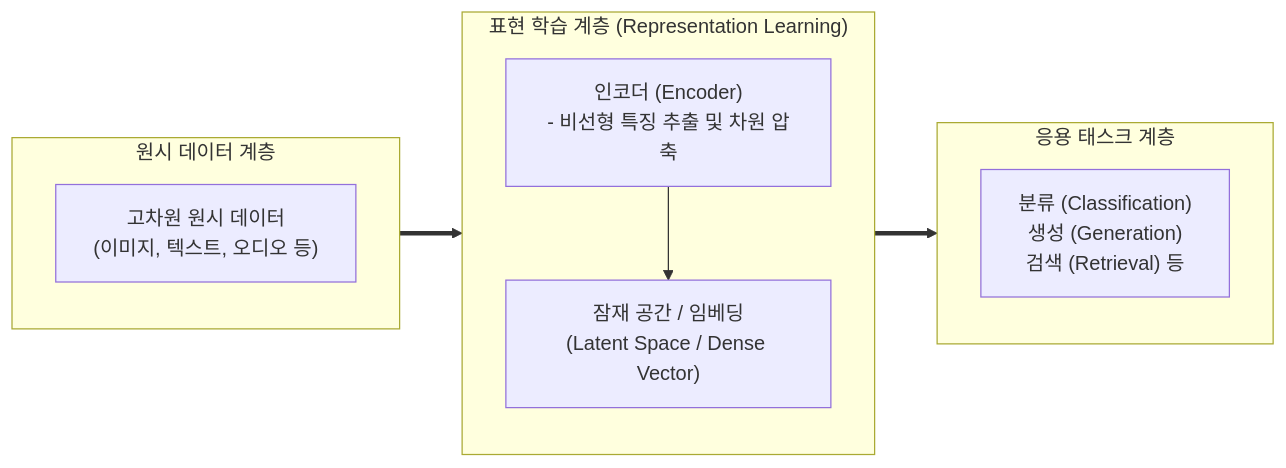
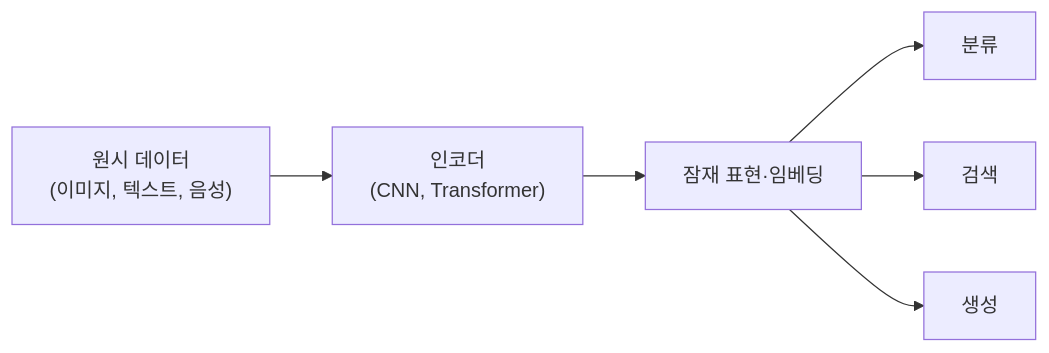
The diagram in content/01_IT Tech/표현 학습.md (supremethumb/supremethumb.github.io), drawn with Mermaid before and after one commit. The commit also changed other lines of this file and 1087 other files, not shown here.

````diff
--- a/content/01_IT Tech/표현 학습.md
+++ b/content/01_IT Tech/표현 학습.md
@@ -23,23 +34,8 @@
 ```mermaid
 flowchart LR
-    subgraph Input_Data ["원시 데이터 계층"]
-        direction TB
-        Raw["고차원 원시 데이터<br/>(이미지, 텍스트, 오디오 등)"]
-    end
-
-    subgraph Representation_Model ["표현 학습 계층 (Representation Learning)"]
-        direction TB
-        Encoder["인코더 (Encoder)<br/>- 비선형 특징 추출 및 차원 압축"]
-        Latent["잠재 공간 / 임베딩<br/>(Latent Space / Dense Vector)"]
-        Encoder --> Latent
-    end
-
-    subgraph Downstream_Tasks ["응용 태스크 계층"]
-        direction TB
-        Task["분류 (Classification)<br/>생성 (Generation)<br/>검색 (Retrieval) 등"]
-    end
-
-    Input_Data ==> Encoder
-    Latent ==> Downstream_Tasks
-
+    RAW["원시 데이터<br/>(이미지, 텍스트, 음성)"] --> ENC["인코더<br/>(CNN, Transformer)"]
+    ENC --> Z["잠재 표현·임베딩"]
+    Z --> T1["분류"]
+    Z --> T2["검색"]
+    Z --> T3["생성"]
 ```
````
